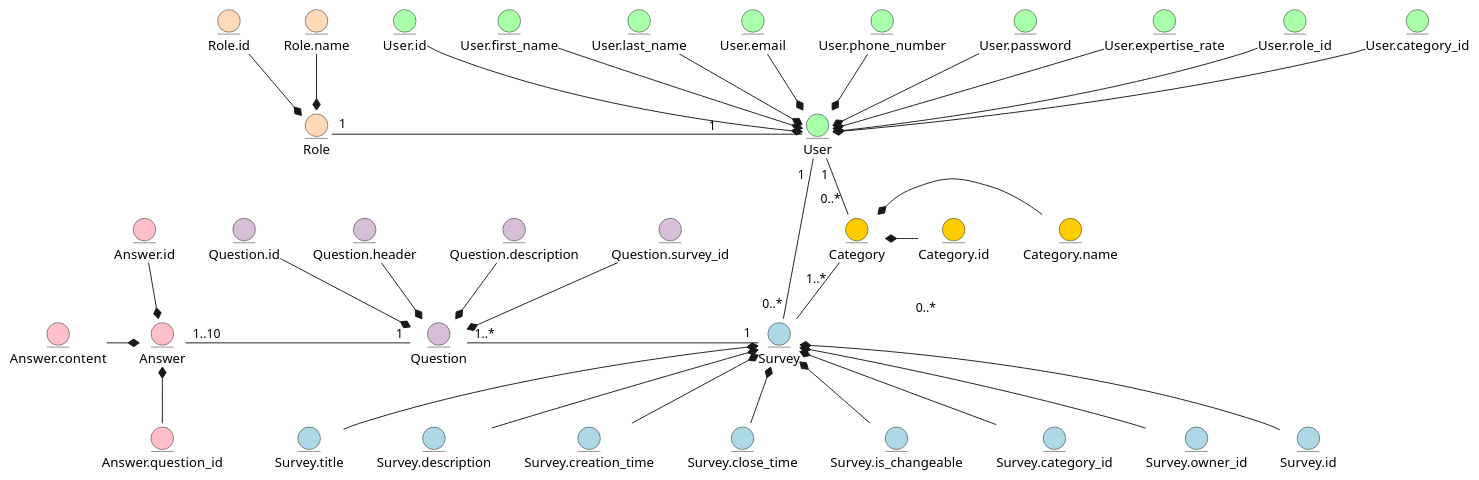
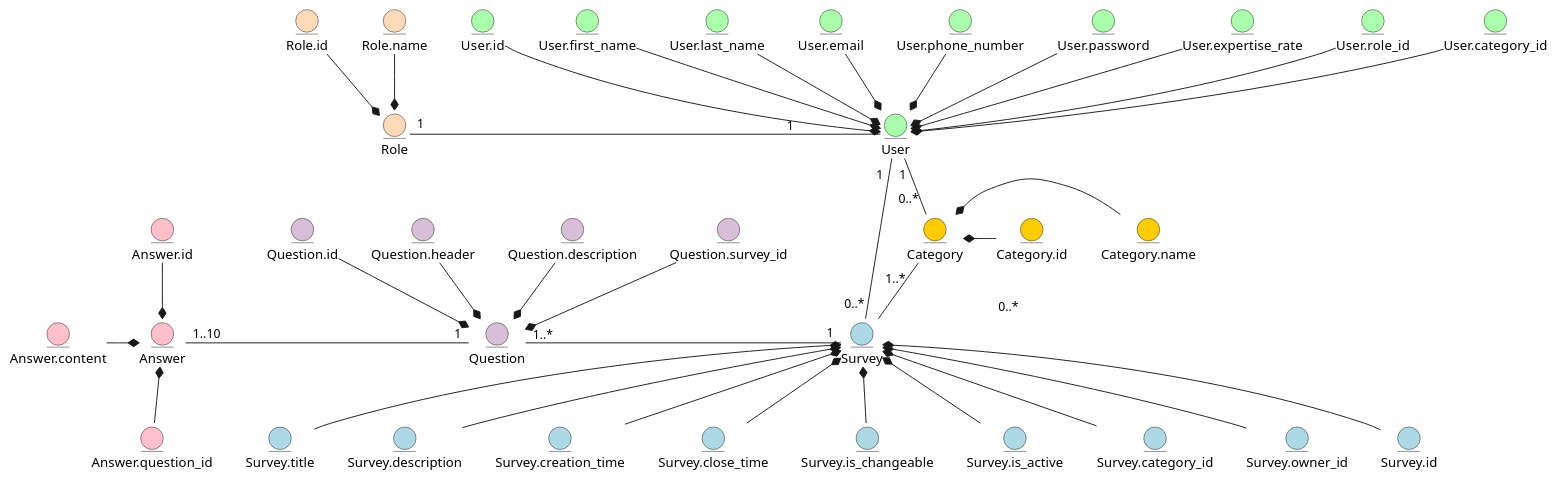
Before and after one commit to generalmaks/db_labs: the first of 2 diagrams in docs/design.md, drawn with PlantUML. The commit also changed other lines of this file, not shown here.

Commit message:
Add is_active to Survey

```diff
--- a/docs/design.md
+++ b/docs/design.md
@@ -45,6 +45,7 @@
 entity Survey.creation_time #ADD8E6
 entity Survey.close_time #ADD8E6
 entity Survey.is_changeable #ADD8E6
+entity Survey.is_active #ADD8E6
 entity Survey.category_id #ADD8E6
 entity Survey.owner_id #ADD8E6
 
@@ -55,6 +56,7 @@
 Survey.creation_time -u-* Survey
 Survey.close_time -u-* Survey
 Survey.is_changeable -u-* Survey
+Survey.is_active -u-* Survey
 Survey.owner_id -u-* Survey
 
 entity Question #D8BFD8
```
